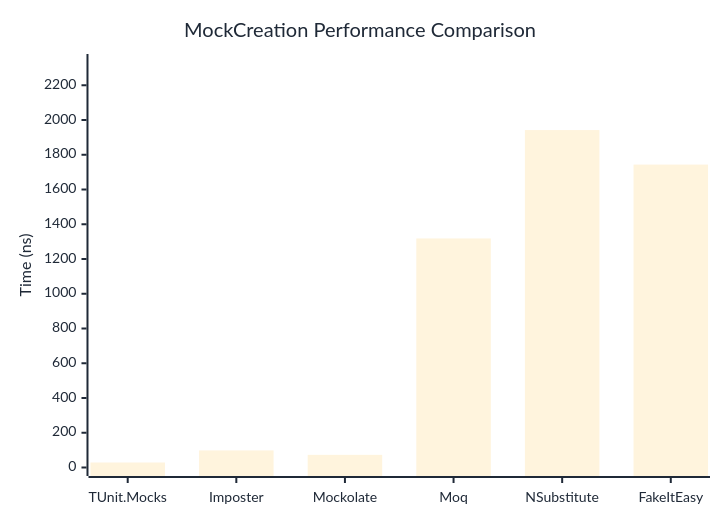
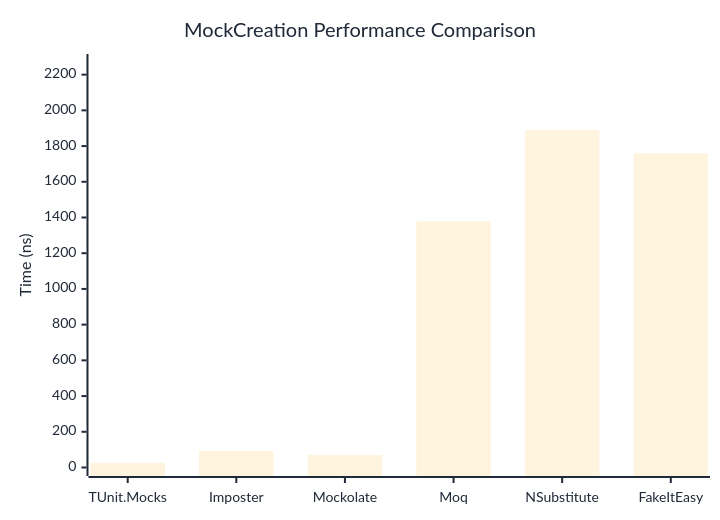
The first of 2 diagrams in docs/docs/benchmarks/mocks/MockCreation.md (thomhurst/TUnit), drawn with Mermaid before and after one commit. The commit also changed other lines of this file and 14 other files, not shown here.

````diff
--- a/docs/docs/benchmarks/mocks/MockCreation.md
+++ b/docs/docs/benchmarks/mocks/MockCreation.md
@@ -28,27 +28,27 @@
 ```mermaid
 %%{init: {
   'theme':'base',
   'themeVariables': {
     'primaryColor': '#2563eb',
     'primaryTextColor': '#1f2937',
     'primaryBorderColor': '#1e40af',
     'lineColor': '#6b7280',
     'secondaryColor': '#7c3aed',
     'tertiaryColor': '#dc2626',
     'background': '#ffffff',
     'pie1': '#2563eb',
     'pie2': '#7c3aed',
     'pie3': '#dc2626',
     'pie4': '#f59e0b',
     'pie5': '#10b981',
     'pie6': '#06b6d4',
     'pie7': '#ec4899',
     'pie8': '#6366f1'
   }
 }}%%
 xychart-beta
   title "MockCreation Performance Comparison"
   x-axis ["TUnit.Mocks", "Imposter", "Mockolate", "Moq", "NSubstitute", "FakeItEasy"]
-  y-axis "Time (ns)" 0 --> 2331
-  bar [28.82, 98.31, 72.83, 1318.28, 1942.07, 1743.46]
+  y-axis "Time (ns)" 0 --> 2268
+  bar [26.08, 93.04, 70.25, 1378.18, 1889.33, 1759.42]
 ```
````
